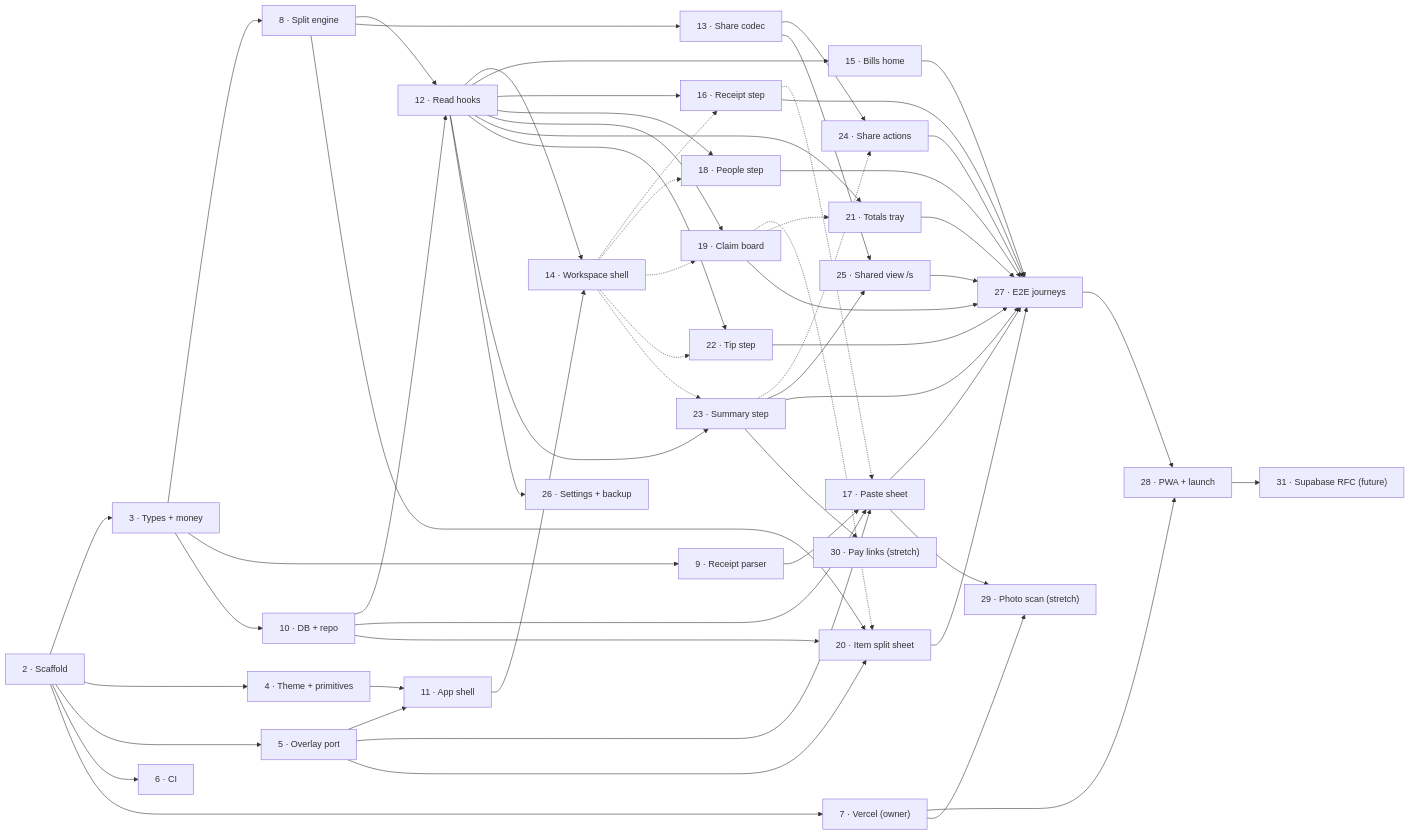
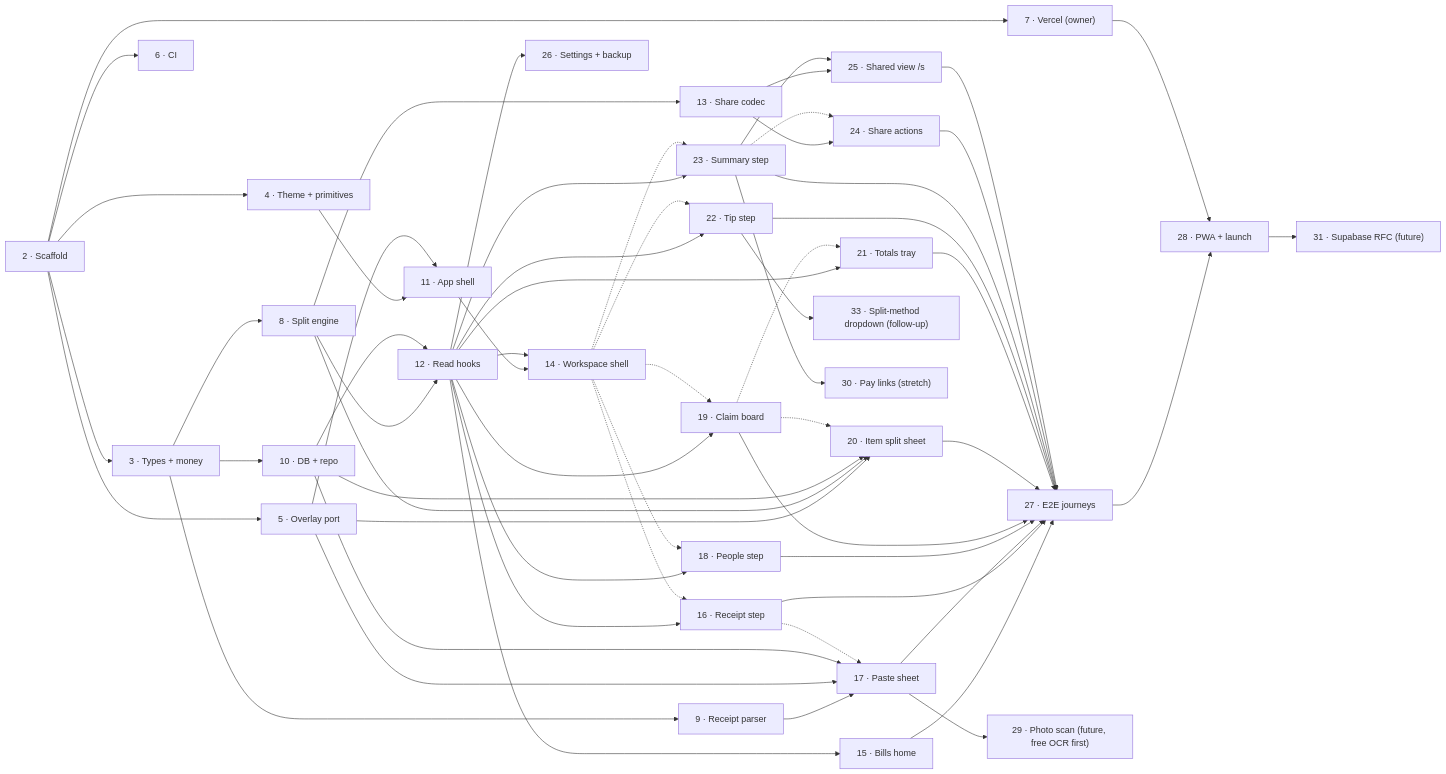
Before and after one commit to mzetinajimenez/split-it: the diagram in docs/superpowers/plans/2026-11-25-split-it-v1-plan.md, drawn with Mermaid. The commit also changed other lines of this file and 1 other file, not shown here.

````diff
--- a/docs/superpowers/plans/2026-11-25-split-it-v1-plan.md
+++ b/docs/superpowers/plans/2026-11-25-split-it-v1-plan.md
@@ -57,69 +58,69 @@
 ```mermaid
 graph LR
   I2["2 · Scaffold"] --> I3["3 · Types + money"]
   I2 --> I4["4 · Theme + primitives"]
   I2 --> I5["5 · Overlay port"]
   I2 --> I6["6 · CI"]
   I2 --> I7["7 · Vercel (owner)"]
 
   I3 --> I8["8 · Split engine"]
   I3 --> I9["9 · Receipt parser"]
   I3 --> I10["10 · DB + repo"]
   I4 --> I11["11 · App shell"]
   I5 --> I11
 
   I8 --> I12["12 · Read hooks"]
   I10 --> I12
   I8 --> I13["13 · Share codec"]
   I9 --> I17["17 · Paste sheet"]
   I5 --> I17
   I10 --> I17
   I5 --> I20["20 · Item split sheet"]
   I8 --> I20
   I10 --> I20
 
   I11 --> I14["14 · Workspace shell"]
   I12 --> I14
   I12 --> I15["15 · Bills home"]
   I12 --> I16["16 · Receipt step"]
   I12 --> I18["18 · People step"]
   I12 --> I19["19 · Claim board"]
   I12 --> I21["21 · Totals tray"]
   I12 --> I22["22 · Tip step"]
   I12 --> I23["23 · Summary step"]
   I12 --> I26["26 · Settings + backup"]
   I13 --> I24["24 · Share actions"]
 
   I14 -.-> I16
   I14 -.-> I18
   I14 -.-> I19
   I14 -.-> I22
   I14 -.-> I23
   I16 -.-> I17
   I19 -.-> I20
   I19 -.-> I21
   I23 -.-> I24
 
   I13 --> I25["25 · Shared view /s"]
   I23 --> I25
 
   I15 --> I27["27 · E2E journeys"]
   I16 --> I27
   I17 --> I27
   I18 --> I27
   I19 --> I27
   I20 --> I27
   I21 --> I27
   I22 --> I27
   I23 --> I27
   I24 --> I27
   I25 --> I27
 
   I27 --> I28["28 · PWA + launch"]
   I7 --> I28
 
-  I17 --> I29["29 · Photo scan (stretch)"]
-  I7 --> I29
+  I17 --> I29["29 · Photo scan (future, free OCR first)"]
+  I22 --> I33["33 · Split-method dropdown (follow-up)"]
   I23 --> I30["30 · Pay links (stretch)"]
   I28 --> I31["31 · Supabase RFC (future)"]
 ```
````
